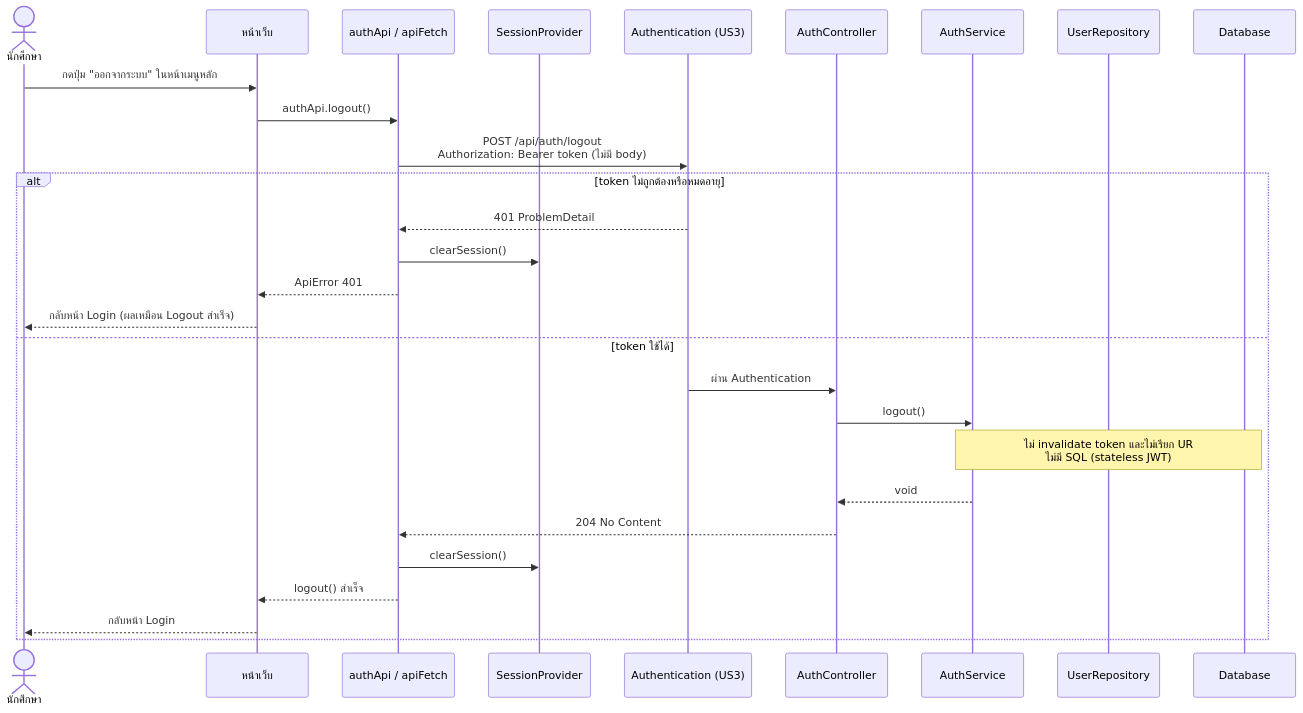
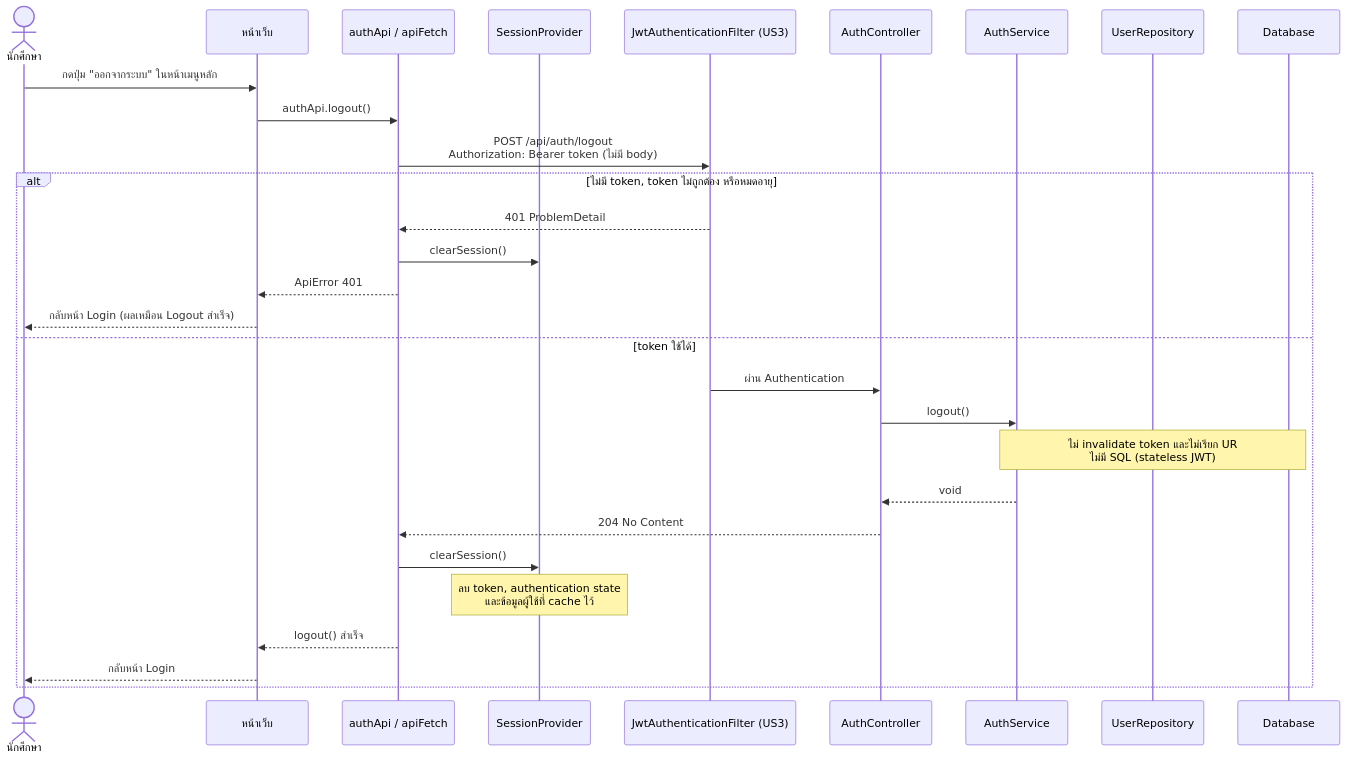
The first of 4 diagrams in .doc/US4/T06/US4-T06-Sequence-Diagram.md (Non-Sin/CS261-G3-MockTimetableTU), drawn with Mermaid before and after one commit. The commit also changed other lines of this file and 3 other files, not shown here.

````diff
--- a/.doc/US4/T06/US4-T06-Sequence-Diagram.md
+++ b/.doc/US4/T06/US4-T06-Sequence-Diagram.md
@@ -21,32 +35,33 @@
 ```mermaid
 sequenceDiagram
     actor User as นักศึกษา
     participant UI as หน้าเว็บ
     participant A as authApi / apiFetch
     participant SP as SessionProvider
-    participant SEC as Authentication (US3)
+    participant SEC as JwtAuthenticationFilter (US3)
     participant C as AuthController
     participant S as AuthService
     participant UR as UserRepository
     participant DB as Database
 
     User->>UI: กดปุ่ม "ออกจากระบบ" ในหน้าเมนูหลัก
     UI->>A: authApi.logout()
     A->>SEC: POST /api/auth/logout<br/>Authorization: Bearer token (ไม่มี body)
 
-    alt token ไม่ถูกต้องหรือหมดอายุ
+    alt ไม่มี token, token ไม่ถูกต้อง หรือหมดอายุ
         SEC-->>A: 401 ProblemDetail
         A->>SP: clearSession()
         A-->>UI: ApiError 401
         UI-->>User: กลับหน้า Login (ผลเหมือน Logout สำเร็จ)
     else token ใช้ได้
         SEC->>C: ผ่าน Authentication
         C->>S: logout()
         Note over S,DB: ไม่ invalidate token และไม่เรียก UR<br/>ไม่มี SQL (stateless JWT)
         S-->>C: void
         C-->>A: 204 No Content
         A->>SP: clearSession()
+        Note over SP: ลบ token, authentication state<br/>และข้อมูลผู้ใช้ที่ cache ไว้
         A-->>UI: logout() สำเร็จ
         UI-->>User: กลับหน้า Login
     end
 ```
````
